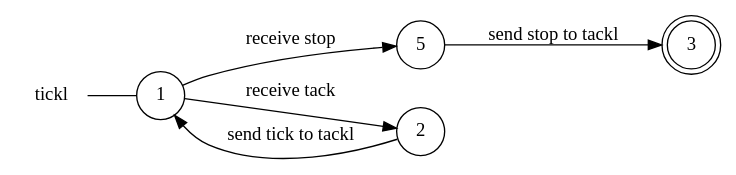
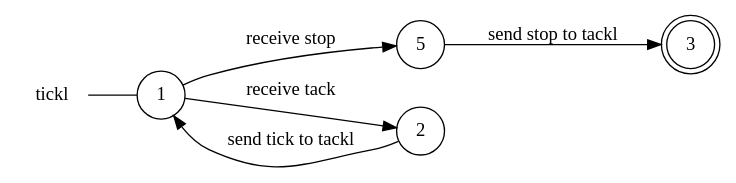
Before and after one commit to gabrielegenovese/chorer: the diagram in example/ticktack/tickl_local_view.dot, drawn with Graphviz. The commit also changed 10 other files, not shown here.

```diff
--- a/example/ticktack/tickl_local_view.dot
+++ b/example/ticktack/tickl_local_view.dot
@@ -1,14 +1,14 @@
 digraph tickl {
 	rankdir="LR";
 	n_0 [label="tickl", shape="plaintext"];
 	n_1 [id="5", shape=circle, label="5"];
 	n_2 [id="1", shape=circle, label="1"];
 	n_0 -> n_2 [arrowhead=none];
 	n_3 [id="2", shape=circle, label="2"];
 	n_4 [id="3", shape=doublecircle, label="3"];
 
-	n_1 -> n_4 [id="[$e|1]", label="send stop to tackl"];
+	n_2 -> n_3 [id="[$e|1]", label="receive tack"];
+	n_2 -> n_1 [id="[$e|3]", label="receive stop"];
 	n_3 -> n_2 [id="[$e|6]", label="send tick to tackl"];
-	n_2 -> n_3 [id="[$e|4]", label="receive tack"];
-	n_2 -> n_1 [id="[$e|2]", label="receive stop"];
+	n_1 -> n_4 [id="[$e|4]", label="send stop to tackl"];
 }
```
